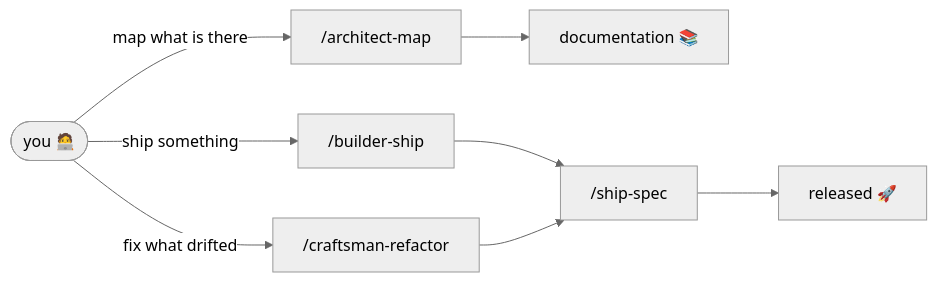
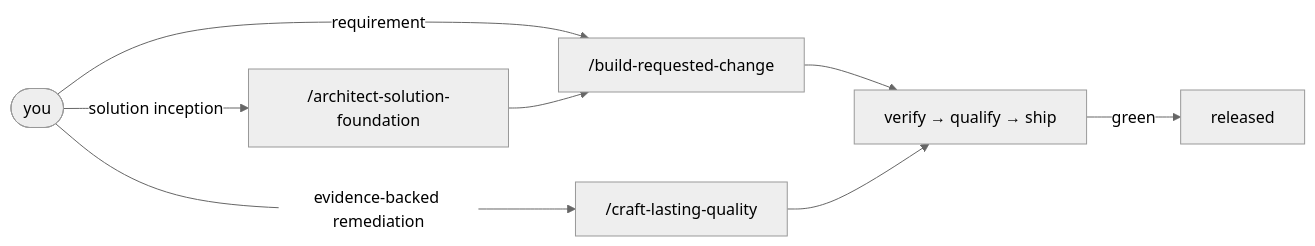
Before and after one commit to AlbertoBasalo/aiddbot-com: the diagram in src/content/docs/workflow.md, drawn with Mermaid (neutral theme). The commit also changed other lines of this file and 208 other files, not shown here.

````diff
--- a/src/content/docs/workflow.md
+++ b/src/content/docs/workflow.md
@@ -38,11 +38,10 @@
 ```mermaid
 flowchart LR
-  YOU([you 🧑‍💻])
-  YOU -->|map what is there| ARC["/architect-map"]
-  YOU -->|ship something| BLD["/builder-ship"]
-  YOU -->|fix what drifted| CRF["/craftsman-refactor"]
-  ARC --> DOC[documentation 📚]
-  BLD --> MACH["/ship-spec"]
-  CRF --> MACH
-  MACH --> REL[released 🚀]
+  YOU([you]) -->|solution inception| ESTABLISH["/architect-solution-foundation"]
+  YOU -->|requirement| DELIVER["/build-requested-change"]
+  YOU -->|evidence-backed remediation| IMPROVE["/craft-lasting-quality"]
+  ESTABLISH --> DELIVER
+  DELIVER --> REVIEW["verify → qualify → ship"]
+  IMPROVE --> REVIEW
+  REVIEW -->|green| RELEASED[released]
 ```
````
